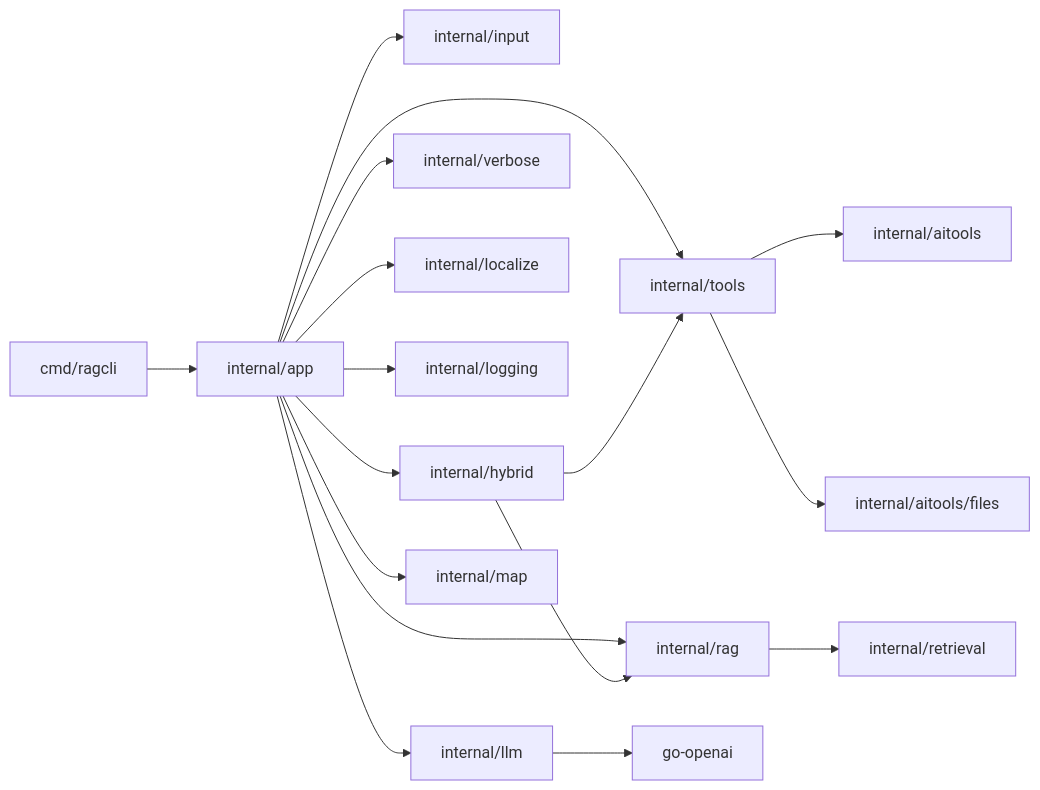
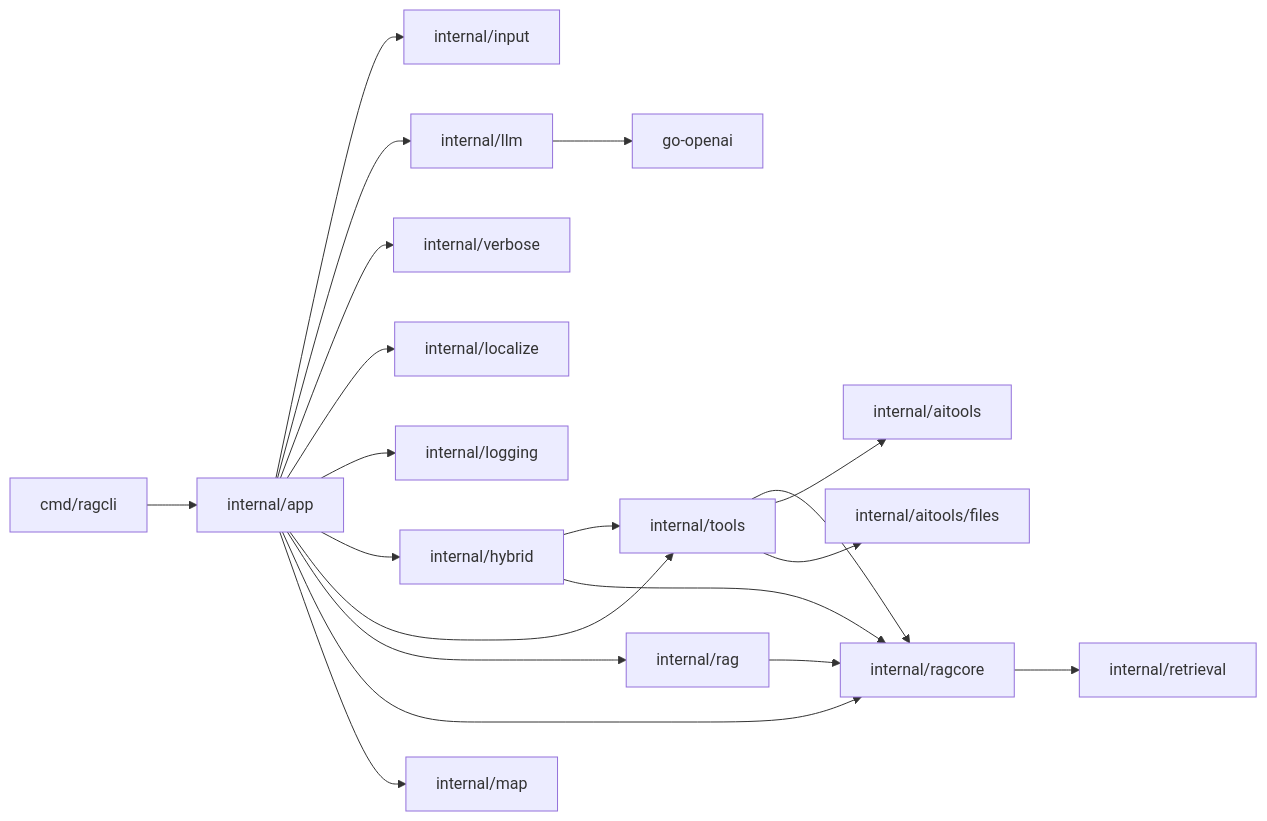
The first of 4 diagrams in doc/architecture.md (borro/ragcli), drawn with Mermaid before and after one commit. The commit also changed other lines of this file and 39 other files, not shown here.

Commit message:
* ragcore: exctract rag core to package;

````diff
--- a/doc/architecture.md
+++ b/doc/architecture.md
@@ -16,19 +16,22 @@
 ```mermaid
 flowchart LR
     main["cmd/ragcli"] --> app["internal/app"]
     app --> input["internal/input"]
     app --> llm["internal/llm"]
     app --> verbose["internal/verbose"]
     app --> localize["internal/localize"]
     app --> logging["internal/logging"]
     app --> hybrid["internal/hybrid"]
     app --> tools["internal/tools"]
     app --> rag["internal/rag"]
+    app --> ragcore["internal/ragcore"]
     app --> map["internal/map"]
     hybrid --> tools
-    hybrid --> rag
-    rag --> retrieval["internal/retrieval"]
+    hybrid --> ragcore
+    tools --> ragcore
+    rag --> ragcore
+    ragcore --> retrieval["internal/retrieval"]
     tools --> aitools["internal/aitools"]
     tools --> aitoolsfiles["internal/aitools/files"]
     llm --> goopenai["go-openai"]
 ```
````
